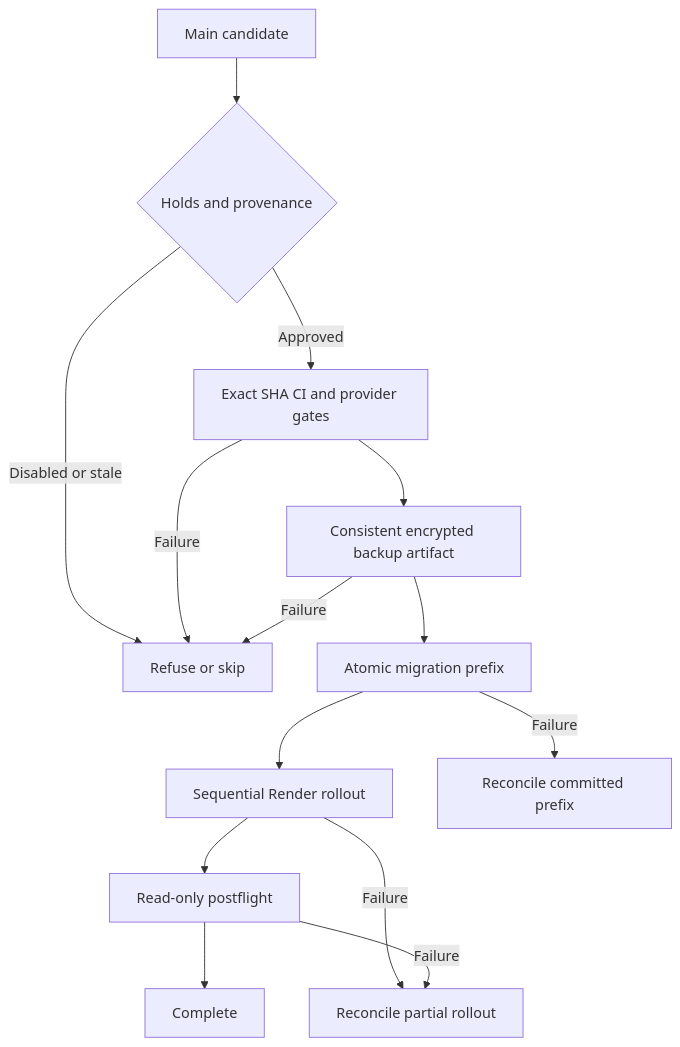
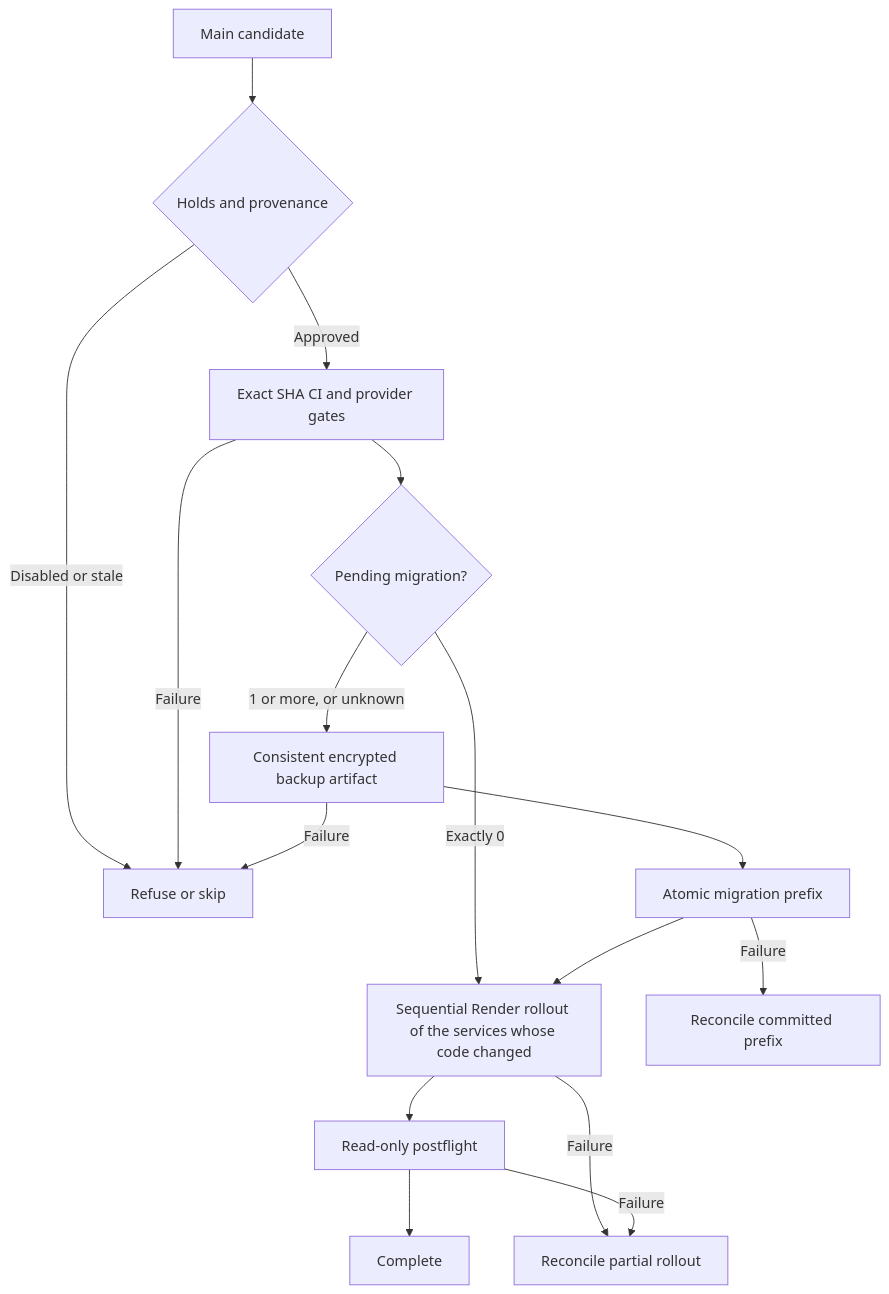
One commit to rafaelRojasVi/origenlab changed the diagram in docs/runbooks/PRODUCTION_DB_MIGRATIONS.md. Above: the diagram before and after it, drawn with Mermaid. The commit also changed other lines of this file and 12 other files, not shown here.

````diff
--- a/docs/runbooks/PRODUCTION_DB_MIGRATIONS.md
+++ b/docs/runbooks/PRODUCTION_DB_MIGRATIONS.md
@@ -105,16 +105,18 @@
 ```mermaid
 flowchart TD
   A[Main candidate] --> B{Holds and provenance}
   B -->|Disabled or stale| X[Refuse or skip]
   B -->|Approved| C[Exact SHA CI and provider gates]
-  C --> D[Consistent encrypted backup artifact]
+  C --> P{Pending migration?}
+  P -->|Exactly 0| F
+  P -->|1 or more, or unknown| D[Consistent encrypted backup artifact]
   D --> E[Atomic migration prefix]
-  E --> F[Sequential Render rollout]
+  E --> F[Sequential Render rollout of the services whose code changed]
   F --> G[Read-only postflight]
   G --> H[Complete]
   C -->|Failure| X
   D -->|Failure| X
   E -->|Failure| Y[Reconcile committed prefix]
   F -->|Failure| Z[Reconcile partial rollout]
   G -->|Failure| Z
 ```
````
